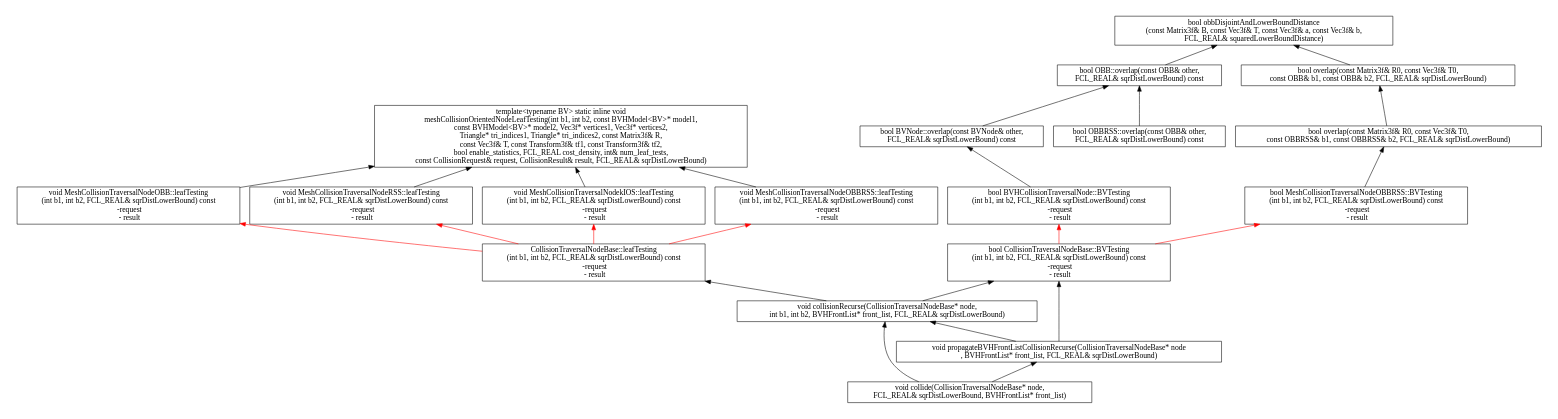
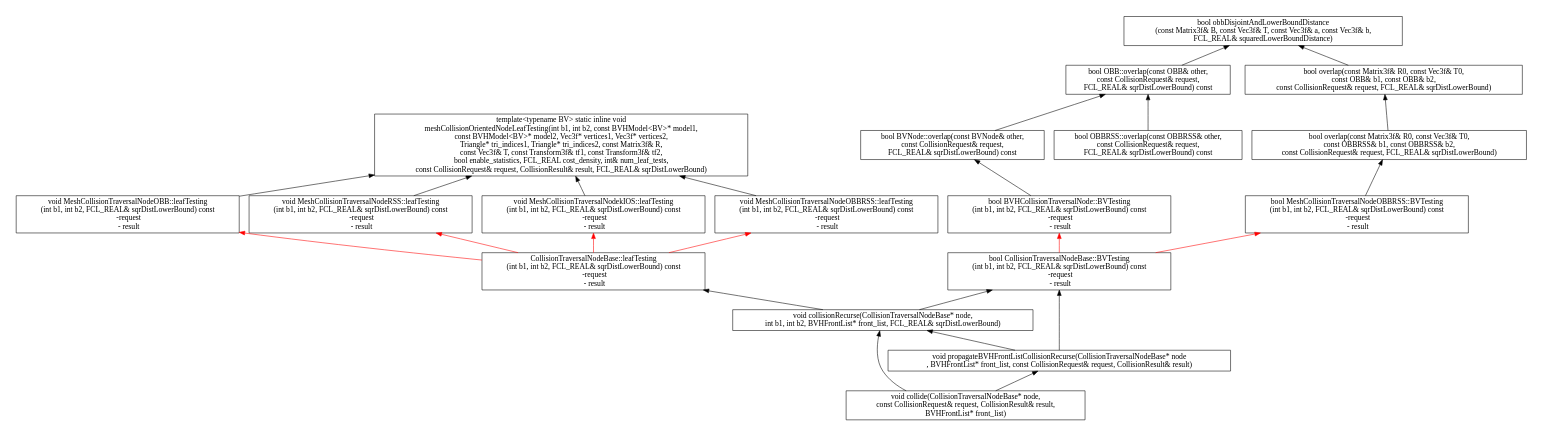
One commit to humanoid-path-planner/hpp-fcl changed the diagram in doc/collision-call.dot. Above: the diagram before and after it, drawn with Graphviz. The commit also changed 24 other files, not shown here.

First line of the commit message:
Pass collision request and result to functions

```diff
--- a/doc/collision-call.dot
+++ b/doc/collision-call.dot
@@ -4,16 +4,16 @@
 	compound=true
         size = 11.7
 
-        "bool OBB::overlap(const OBB& other,\nFCL_REAL& sqrDistLowerBound) const" [shape = box]
-        "bool OBBRSS::overlap(const OBB& other,\nFCL_REAL& sqrDistLowerBound) const" [shape = box]
-        "bool overlap(const Matrix3f& R0, const Vec3f& T0,\n const OBB& b1, const OBB& b2, FCL_REAL& sqrDistLowerBound)" [shape = box]
-        "bool overlap(const Matrix3f& R0, const Vec3f& T0,\n const OBBRSS& b1, const OBBRSS& b2, FCL_REAL& sqrDistLowerBound)" [shape = box]
-        "bool BVNode::overlap(const BVNode& other,\nFCL_REAL& sqrDistLowerBound) const" [shape = box]
+        "bool OBB::overlap(const OBB& other,\nconst CollisionRequest& request,\nFCL_REAL& sqrDistLowerBound) const" [shape = box]
+        "bool OBBRSS::overlap(const OBBRSS& other,\nconst CollisionRequest& request,\nFCL_REAL& sqrDistLowerBound) const" [shape = box]
+        "bool overlap(const Matrix3f& R0, const Vec3f& T0,\n const OBB& b1, const OBB& b2,\n const CollisionRequest& request, FCL_REAL& sqrDistLowerBound)" [shape = box]
+        "bool overlap(const Matrix3f& R0, const Vec3f& T0,\n const OBBRSS& b1, const OBBRSS& b2,\nconst CollisionRequest& request, FCL_REAL& sqrDistLowerBound)" [shape = box]
+        "bool BVNode::overlap(const BVNode& other,\nconst CollisionRequest& request,\nFCL_REAL& sqrDistLowerBound) const" [shape = box]
         "bool BVHCollisionTraversalNode::BVTesting\n(int b1, int b2, FCL_REAL& sqrDistLowerBound) const\n  -request\n  - result" [shape = box]
         "bool CollisionTraversalNodeBase::BVTesting\n(int b1, int b2, FCL_REAL& sqrDistLowerBound) const\n  -request\n  - result" [shape = box]
-        "void collide(CollisionTraversalNodeBase* node,\n FCL_REAL& sqrDistLowerBound, BVHFrontList* front_list)" [shape = box]
+        "void collide(CollisionTraversalNodeBase* node,\n const CollisionRequest& request, CollisionResult& result,\nBVHFrontList* front_list)" [shape = box]
         "void collisionRecurse(CollisionTraversalNodeBase* node,\n int b1, int b2, BVHFrontList* front_list, FCL_REAL& sqrDistLowerBound)" [shape = box]
-        "void propagateBVHFrontListCollisionRecurse(CollisionTraversalNodeBase* node\n, BVHFrontList* front_list, FCL_REAL& sqrDistLowerBound)" [shape = box]
+        "void propagateBVHFrontListCollisionRecurse(CollisionTraversalNodeBase* node\n, BVHFrontList* front_list, const CollisionRequest& request, CollisionResult& result)" [shape = box]
         "template<typename BV> static inline void\n meshCollisionOrientedNodeLeafTesting(int b1, int b2, const BVHModel<BV>* model1,\n const BVHModel<BV>* model2, Vec3f* vertices1, Vec3f* vertices2,\n Triangle* tri_indices1, Triangle* tri_indices2, const Matrix3f& R,\n const Vec3f& T, const Transform3f& tf1, const Transform3f& tf2,\n bool enable_statistics, FCL_REAL cost_density, int& num_leaf_tests,\n const CollisionRequest& request, CollisionResult& result, FCL_REAL& sqrDistLowerBound)" [shape = box]
         "void MeshCollisionTraversalNodeOBB::leafTesting\n(int b1, int b2, FCL_REAL& sqrDistLowerBound) const\n  -request\n  - result" [shape = box]
         "void MeshCollisionTraversalNodeRSS::leafTesting\n(int b1, int b2, FCL_REAL& sqrDistLowerBound) const\n  -request\n  - result" [shape = box]
@@ -23,19 +23,19 @@
         "CollisionTraversalNodeBase::leafTesting\n(int b1, int b2, FCL_REAL& sqrDistLowerBound) const\n  -request\n  - result" [shape = box]
         "bool obbDisjointAndLowerBoundDistance\n(const Matrix3f& B, const Vec3f& T, const Vec3f& a, const Vec3f& b,\n FCL_REAL& squaredLowerBoundDistance)" [shape = box]
 
-        "bool OBB::overlap(const OBB& other,\nFCL_REAL& sqrDistLowerBound) const" -> "bool obbDisjointAndLowerBoundDistance\n(const Matrix3f& B, const Vec3f& T, const Vec3f& a, const Vec3f& b,\n FCL_REAL& squaredLowerBoundDistance)"
-        "bool overlap(const Matrix3f& R0, const Vec3f& T0,\n const OBB& b1, const OBB& b2, FCL_REAL& sqrDistLowerBound)" -> "bool obbDisjointAndLowerBoundDistance\n(const Matrix3f& B, const Vec3f& T, const Vec3f& a, const Vec3f& b,\n FCL_REAL& squaredLowerBoundDistance)"
-        "bool overlap(const Matrix3f& R0, const Vec3f& T0,\n const OBBRSS& b1, const OBBRSS& b2, FCL_REAL& sqrDistLowerBound)" -> "bool overlap(const Matrix3f& R0, const Vec3f& T0,\n const OBB& b1, const OBB& b2, FCL_REAL& sqrDistLowerBound)"
-        "void collide(CollisionTraversalNodeBase* node,\n FCL_REAL& sqrDistLowerBound, BVHFrontList* front_list)"-> "void propagateBVHFrontListCollisionRecurse(CollisionTraversalNodeBase* node\n, BVHFrontList* front_list, FCL_REAL& sqrDistLowerBound)"
-        "void collide(CollisionTraversalNodeBase* node,\n FCL_REAL& sqrDistLowerBound, BVHFrontList* front_list)" -> "void collisionRecurse(CollisionTraversalNodeBase* node,\n int b1, int b2, BVHFrontList* front_list, FCL_REAL& sqrDistLowerBound)"
+        "bool OBB::overlap(const OBB& other,\nconst CollisionRequest& request,\nFCL_REAL& sqrDistLowerBound) const" -> "bool obbDisjointAndLowerBoundDistance\n(const Matrix3f& B, const Vec3f& T, const Vec3f& a, const Vec3f& b,\n FCL_REAL& squaredLowerBoundDistance)"
+        "bool overlap(const Matrix3f& R0, const Vec3f& T0,\n const OBB& b1, const OBB& b2,\n const CollisionRequest& request, FCL_REAL& sqrDistLowerBound)" -> "bool obbDisjointAndLowerBoundDistance\n(const Matrix3f& B, const Vec3f& T, const Vec3f& a, const Vec3f& b,\n FCL_REAL& squaredLowerBoundDistance)"
+        "bool overlap(const Matrix3f& R0, const Vec3f& T0,\n const OBBRSS& b1, const OBBRSS& b2,\nconst CollisionRequest& request, FCL_REAL& sqrDistLowerBound)" -> "bool overlap(const Matrix3f& R0, const Vec3f& T0,\n const OBB& b1, const OBB& b2,\n const CollisionRequest& request, FCL_REAL& sqrDistLowerBound)"
+        "void collide(CollisionTraversalNodeBase* node,\n const CollisionRequest& request, CollisionResult& result,\nBVHFrontList* front_list)"-> "void propagateBVHFrontListCollisionRecurse(CollisionTraversalNodeBase* node\n, BVHFrontList* front_list, const CollisionRequest& request, CollisionResult& result)"
+        "void collide(CollisionTraversalNodeBase* node,\n const CollisionRequest& request, CollisionResult& result,\nBVHFrontList* front_list)" -> "void collisionRecurse(CollisionTraversalNodeBase* node,\n int b1, int b2, BVHFrontList* front_list, FCL_REAL& sqrDistLowerBound)"
         "void collisionRecurse(CollisionTraversalNodeBase* node,\n int b1, int b2, BVHFrontList* front_list, FCL_REAL& sqrDistLowerBound)" -> "bool CollisionTraversalNodeBase::BVTesting\n(int b1, int b2, FCL_REAL& sqrDistLowerBound) const\n  -request\n  - result"
         "void collisionRecurse(CollisionTraversalNodeBase* node,\n int b1, int b2, BVHFrontList* front_list, FCL_REAL& sqrDistLowerBound)" -> "CollisionTraversalNodeBase::leafTesting\n(int b1, int b2, FCL_REAL& sqrDistLowerBound) const\n  -request\n  - result"
-        "void propagateBVHFrontListCollisionRecurse(CollisionTraversalNodeBase* node\n, BVHFrontList* front_list, FCL_REAL& sqrDistLowerBound)" -> "void collisionRecurse(CollisionTraversalNodeBase* node,\n int b1, int b2, BVHFrontList* front_list, FCL_REAL& sqrDistLowerBound)"
-        "void propagateBVHFrontListCollisionRecurse(CollisionTraversalNodeBase* node\n, BVHFrontList* front_list, FCL_REAL& sqrDistLowerBound)" -> "bool CollisionTraversalNodeBase::BVTesting\n(int b1, int b2, FCL_REAL& sqrDistLowerBound) const\n  -request\n  - result"
+        "void propagateBVHFrontListCollisionRecurse(CollisionTraversalNodeBase* node\n, BVHFrontList* front_list, const CollisionRequest& request, CollisionResult& result)" -> "void collisionRecurse(CollisionTraversalNodeBase* node,\n int b1, int b2, BVHFrontList* front_list, FCL_REAL& sqrDistLowerBound)"
+        "void propagateBVHFrontListCollisionRecurse(CollisionTraversalNodeBase* node\n, BVHFrontList* front_list, const CollisionRequest& request, CollisionResult& result)" -> "bool CollisionTraversalNodeBase::BVTesting\n(int b1, int b2, FCL_REAL& sqrDistLowerBound) const\n  -request\n  - result"
         "void MeshCollisionTraversalNodeOBB::leafTesting\n(int b1, int b2, FCL_REAL& sqrDistLowerBound) const\n  -request\n  - result"-> "template<typename BV> static inline void\n meshCollisionOrientedNodeLeafTesting(int b1, int b2, const BVHModel<BV>* model1,\n const BVHModel<BV>* model2, Vec3f* vertices1, Vec3f* vertices2,\n Triangle* tri_indices1, Triangle* tri_indices2, const Matrix3f& R,\n const Vec3f& T, const Transform3f& tf1, const Transform3f& tf2,\n bool enable_statistics, FCL_REAL cost_density, int& num_leaf_tests,\n const CollisionRequest& request, CollisionResult& result, FCL_REAL& sqrDistLowerBound)"
       "void MeshCollisionTraversalNodeRSS::leafTesting\n(int b1, int b2, FCL_REAL& sqrDistLowerBound) const\n  -request\n  - result" -> "template<typename BV> static inline void\n meshCollisionOrientedNodeLeafTesting(int b1, int b2, const BVHModel<BV>* model1,\n const BVHModel<BV>* model2, Vec3f* vertices1, Vec3f* vertices2,\n Triangle* tri_indices1, Triangle* tri_indices2, const Matrix3f& R,\n const Vec3f& T, const Transform3f& tf1, const Transform3f& tf2,\n bool enable_statistics, FCL_REAL cost_density, int& num_leaf_tests,\n const CollisionRequest& request, CollisionResult& result, FCL_REAL& sqrDistLowerBound)"
       "void MeshCollisionTraversalNodekIOS::leafTesting\n(int b1, int b2, FCL_REAL& sqrDistLowerBound) const\n  -request\n  - result" -> "template<typename BV> static inline void\n meshCollisionOrientedNodeLeafTesting(int b1, int b2, const BVHModel<BV>* model1,\n const BVHModel<BV>* model2, Vec3f* vertices1, Vec3f* vertices2,\n Triangle* tri_indices1, Triangle* tri_indices2, const Matrix3f& R,\n const Vec3f& T, const Transform3f& tf1, const Transform3f& tf2,\n bool enable_statistics, FCL_REAL cost_density, int& num_leaf_tests,\n const CollisionRequest& request, CollisionResult& result, FCL_REAL& sqrDistLowerBound)"
-"bool MeshCollisionTraversalNodeOBBRSS::BVTesting\n(int b1, int b2, FCL_REAL& sqrDistLowerBound) const\n  -request\n  - result" -> "bool overlap(const Matrix3f& R0, const Vec3f& T0,\n const OBBRSS& b1, const OBBRSS& b2, FCL_REAL& sqrDistLowerBound)"
+"bool MeshCollisionTraversalNodeOBBRSS::BVTesting\n(int b1, int b2, FCL_REAL& sqrDistLowerBound) const\n  -request\n  - result" -> "bool overlap(const Matrix3f& R0, const Vec3f& T0,\n const OBBRSS& b1, const OBBRSS& b2,\nconst CollisionRequest& request, FCL_REAL& sqrDistLowerBound)"
       "void MeshCollisionTraversalNodeOBBRSS::leafTesting\n(int b1, int b2, FCL_REAL& sqrDistLowerBound) const\n  -request\n  - result" -> "template<typename BV> static inline void\n meshCollisionOrientedNodeLeafTesting(int b1, int b2, const BVHModel<BV>* model1,\n const BVHModel<BV>* model2, Vec3f* vertices1, Vec3f* vertices2,\n Triangle* tri_indices1, Triangle* tri_indices2, const Matrix3f& R,\n const Vec3f& T, const Transform3f& tf1, const Transform3f& tf2,\n bool enable_statistics, FCL_REAL cost_density, int& num_leaf_tests,\n const CollisionRequest& request, CollisionResult& result, FCL_REAL& sqrDistLowerBound)"
       "bool CollisionTraversalNodeBase::BVTesting\n(int b1, int b2, FCL_REAL& sqrDistLowerBound) const\n  -request\n  - result" -> "bool MeshCollisionTraversalNodeOBBRSS::BVTesting\n(int b1, int b2, FCL_REAL& sqrDistLowerBound) const\n  -request\n  - result" [color=red]
       "CollisionTraversalNodeBase::leafTesting\n(int b1, int b2, FCL_REAL& sqrDistLowerBound) const\n  -request\n  - result" -> "void MeshCollisionTraversalNodeOBB::leafTesting\n(int b1, int b2, FCL_REAL& sqrDistLowerBound) const\n  -request\n  - result" [color=red]
@@ -43,7 +43,7 @@
       "CollisionTraversalNodeBase::leafTesting\n(int b1, int b2, FCL_REAL& sqrDistLowerBound) const\n  -request\n  - result" -> "void MeshCollisionTraversalNodekIOS::leafTesting\n(int b1, int b2, FCL_REAL& sqrDistLowerBound) const\n  -request\n  - result" [color=red]
       "CollisionTraversalNodeBase::leafTesting\n(int b1, int b2, FCL_REAL& sqrDistLowerBound) const\n  -request\n  - result" -> "void MeshCollisionTraversalNodeOBBRSS::leafTesting\n(int b1, int b2, FCL_REAL& sqrDistLowerBound) const\n  -request\n  - result" [color=red]
       "bool CollisionTraversalNodeBase::BVTesting\n(int b1, int b2, FCL_REAL& sqrDistLowerBound) const\n  -request\n  - result" -> "bool BVHCollisionTraversalNode::BVTesting\n(int b1, int b2, FCL_REAL& sqrDistLowerBound) const\n  -request\n  - result" [color = red]
-      "bool OBBRSS::overlap(const OBB& other,\nFCL_REAL& sqrDistLowerBound) const" -> "bool OBB::overlap(const OBB& other,\nFCL_REAL& sqrDistLowerBound) const"
-      "bool BVNode::overlap(const BVNode& other,\nFCL_REAL& sqrDistLowerBound) const" -> "bool OBB::overlap(const OBB& other,\nFCL_REAL& sqrDistLowerBound) const"
-      "bool BVHCollisionTraversalNode::BVTesting\n(int b1, int b2, FCL_REAL& sqrDistLowerBound) const\n  -request\n  - result" -> "bool BVNode::overlap(const BVNode& other,\nFCL_REAL& sqrDistLowerBound) const"
+      "bool OBBRSS::overlap(const OBBRSS& other,\nconst CollisionRequest& request,\nFCL_REAL& sqrDistLowerBound) const" -> "bool OBB::overlap(const OBB& other,\nconst CollisionRequest& request,\nFCL_REAL& sqrDistLowerBound) const"
+      "bool BVNode::overlap(const BVNode& other,\nconst CollisionRequest& request,\nFCL_REAL& sqrDistLowerBound) const" -> "bool OBB::overlap(const OBB& other,\nconst CollisionRequest& request,\nFCL_REAL& sqrDistLowerBound) const"
+      "bool BVHCollisionTraversalNode::BVTesting\n(int b1, int b2, FCL_REAL& sqrDistLowerBound) const\n  -request\n  - result" -> "bool BVNode::overlap(const BVNode& other,\nconst CollisionRequest& request,\nFCL_REAL& sqrDistLowerBound) const"
 }
```
